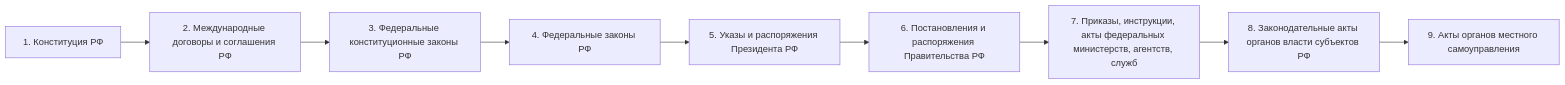
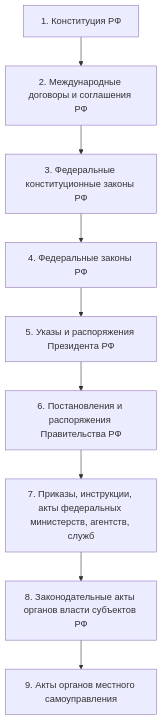
The fourth of 8 diagrams in Учеба КНИТУ/БЖД/_Безопасность жизнедеятельности 03.09.26.md (wesdyqq/study-sync), drawn with Mermaid before and after one commit. The commit also changed other lines of this file and 5 other files, not shown here.

````diff
--- a/Учеба КНИТУ/БЖД/_Безопасность жизнедеятельности 03.09.26.md
+++ b/Учеба КНИТУ/БЖД/_Безопасность жизнедеятельности 03.09.26.md
@@ -95,11 +95,11 @@
 ```mermaid
-flowchart LR
+flowchart TD
     A1["1. Конституция РФ"] --> A2["2. Международные договоры и соглашения РФ"]
     A2 --> A3["3. Федеральные конституционные законы РФ"]
     A3 --> A4["4. Федеральные законы РФ"]
     A4 --> A5["5. Указы и распоряжения Президента РФ"]
     A5 --> A6["6. Постановления и распоряжения Правительства РФ"]
     A6 --> A7["7. Приказы, инструкции, акты федеральных министерств, агентств, служб"]
     A7 --> A8["8. Законодательные акты органов власти субъектов РФ"]
     A8 --> A9["9. Акты органов местного самоуправления"]
 ```
````
